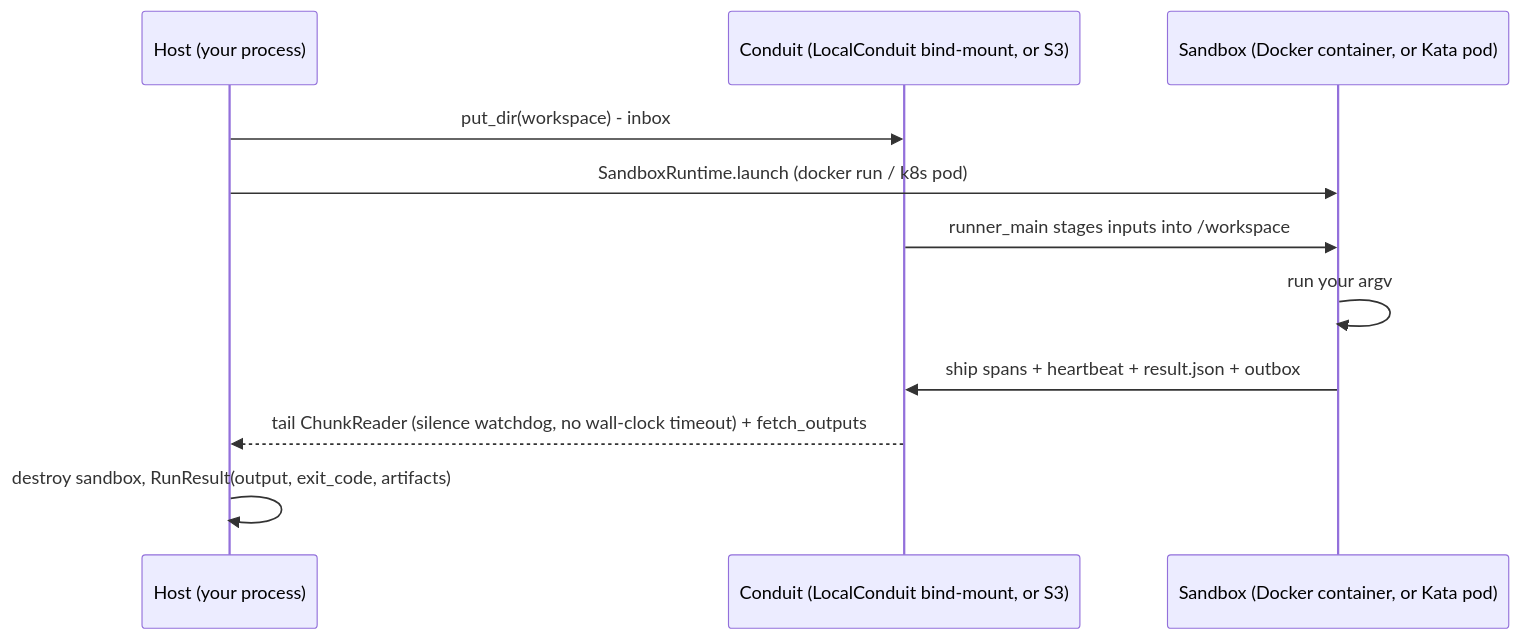
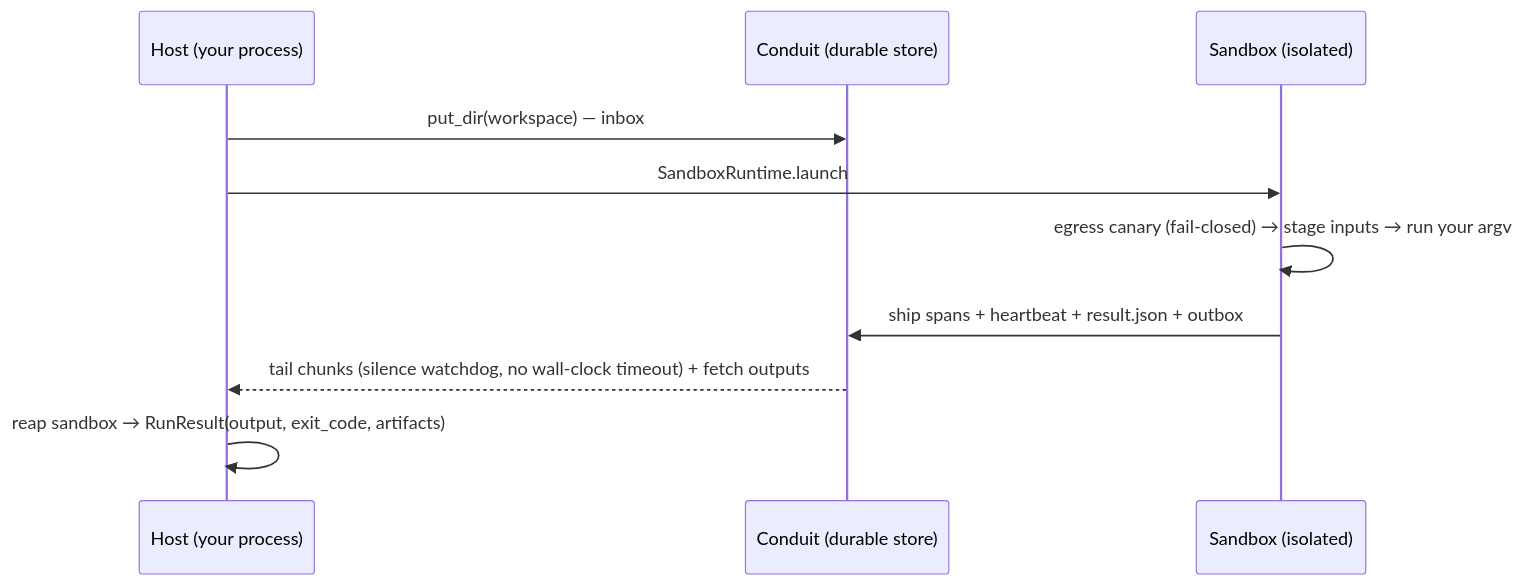
The second of 2 diagrams in README.md (DeepBlueCoding/resoluto-sandbox), drawn with Mermaid before and after one commit. The commit also changed other lines of this file and 42 other files, not shown here.

First line of the commit message:
feat(sandbox): local Kata backend (nerdctl + dedicated containerd) + de-slop the package

````diff
--- a/README.md
+++ b/README.md
@@ -91,13 +85,12 @@
 ```mermaid
 sequenceDiagram
     participant H as Host (your process)
-    participant C as Conduit (LocalConduit bind-mount, or S3)
-    participant W as Sandbox (Docker container, or Kata pod)
-    H->>C: put_dir(workspace) - inbox
-    H->>W: SandboxRuntime.launch (docker run / k8s pod)
-    C->>W: runner_main stages inputs into /workspace
-    W->>W: run your argv
+    participant C as Conduit (durable store)
+    participant W as Sandbox (isolated)
+    H->>C: put_dir(workspace) — inbox
+    H->>W: SandboxRuntime.launch
+    W->>W: egress canary (fail-closed) → stage inputs → run your argv
     W->>C: ship spans + heartbeat + result.json + outbox
-    C-->>H: tail ChunkReader (silence watchdog, no wall-clock timeout) + fetch_outputs
-    H->>H: destroy sandbox, RunResult(output, exit_code, artifacts)
+    C-->>H: tail chunks (silence watchdog, no wall-clock timeout) + fetch outputs
+    H->>H: reap sandbox → RunResult(output, exit_code, artifacts)
 ```
````
